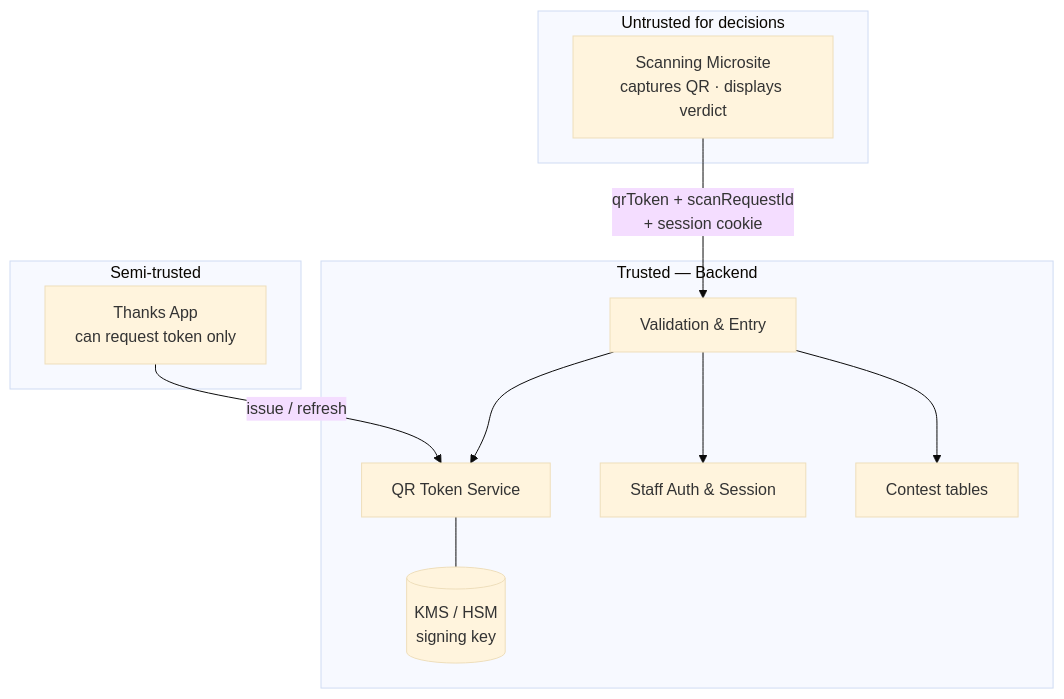
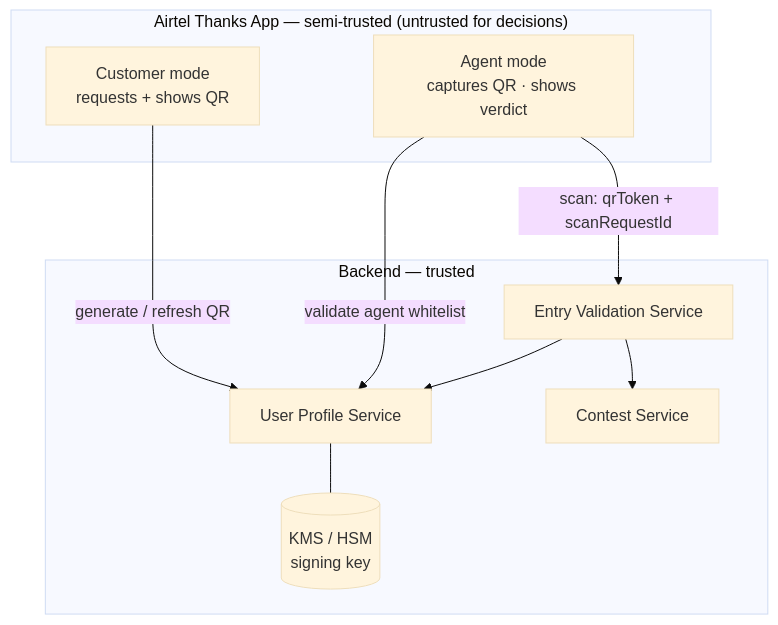
The fifth of 15 diagrams in docs/digital-membership/03-hld.md (Amitpawar503/lazzy), drawn with Mermaid (base theme) before and after one commit. The commit also changed other lines of this file and 4 other files, not shown here.

````diff
--- a/docs/digital-membership/03-hld.md
+++ b/docs/digital-membership/03-hld.md
@@ -179,25 +194,21 @@
 ```mermaid
 flowchart TB
-  subgraph SemiTrusted["Semi-trusted"]
-    APP[Thanks App\ncan request token only]
+  subgraph Client["Airtel Thanks App — semi-trusted (untrusted for decisions)"]
+    CUST["Customer mode\nrequests + shows QR"]
+    AGT["Agent mode\ncaptures QR · shows verdict"]
   end
 
-  subgraph Untrusted["Untrusted for decisions"]
-    SITE[Scanning Microsite\ncaptures QR · displays verdict]
+  subgraph Trusted["Backend — trusted"]
+    UPS[User Profile Service]
+    EVS[Entry Validation Service]
+    CTS[Contest Service]
+    KMS[("KMS / HSM\nsigning key")]
   end
 
-  subgraph Trusted["Trusted — Backend"]
-    KEY[("KMS / HSM\nsigning key")]
-    VAL[Validation & Entry]
-    QRS[QR Token Service]
-    AUTH[Staff Auth & Session]
-    CON[Contest tables]
-  end
-
-  APP -->|issue / refresh| QRS
-  SITE -->|qrToken + scanRequestId\n+ session cookie| VAL
-  VAL --> QRS
-  VAL --> AUTH
-  VAL --> CON
-  QRS --- KEY
+  CUST -->|generate / refresh QR| UPS
+  AGT -->|validate agent whitelist| UPS
+  AGT -->|scan: qrToken + scanRequestId| EVS
+  EVS --> UPS
+  EVS --> CTS
+  UPS --- KMS
 ```
````
